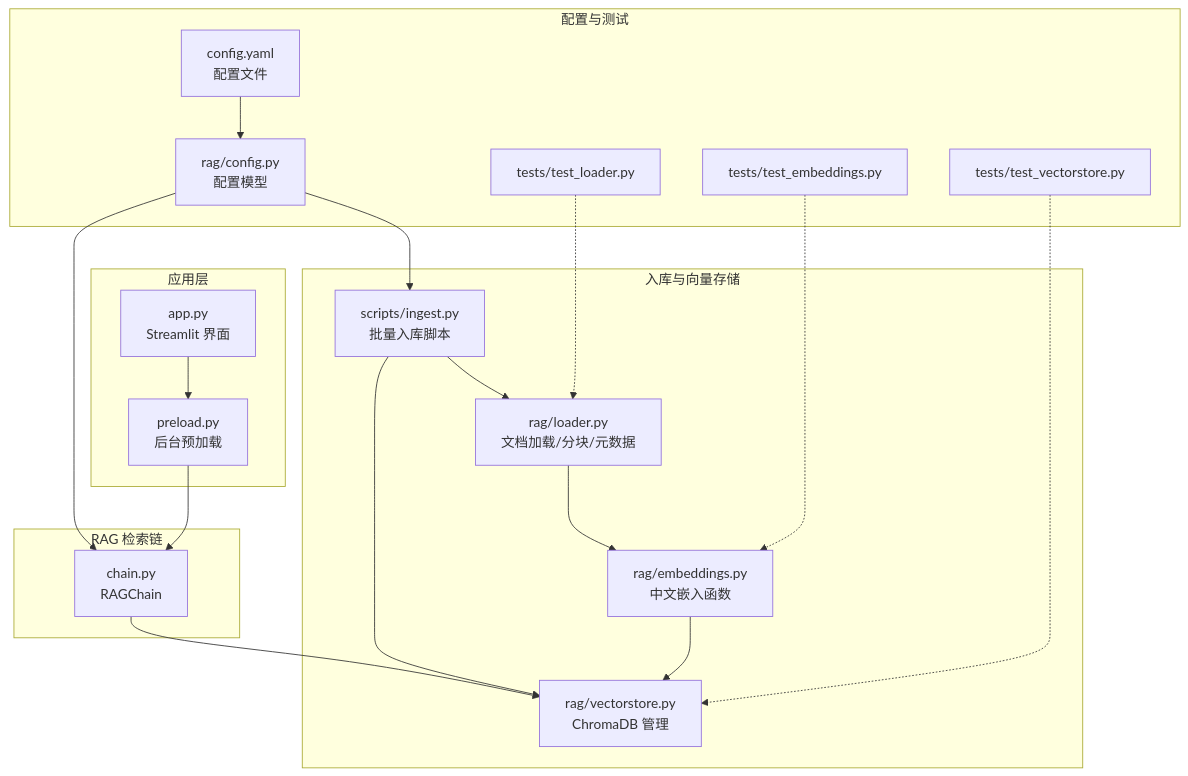
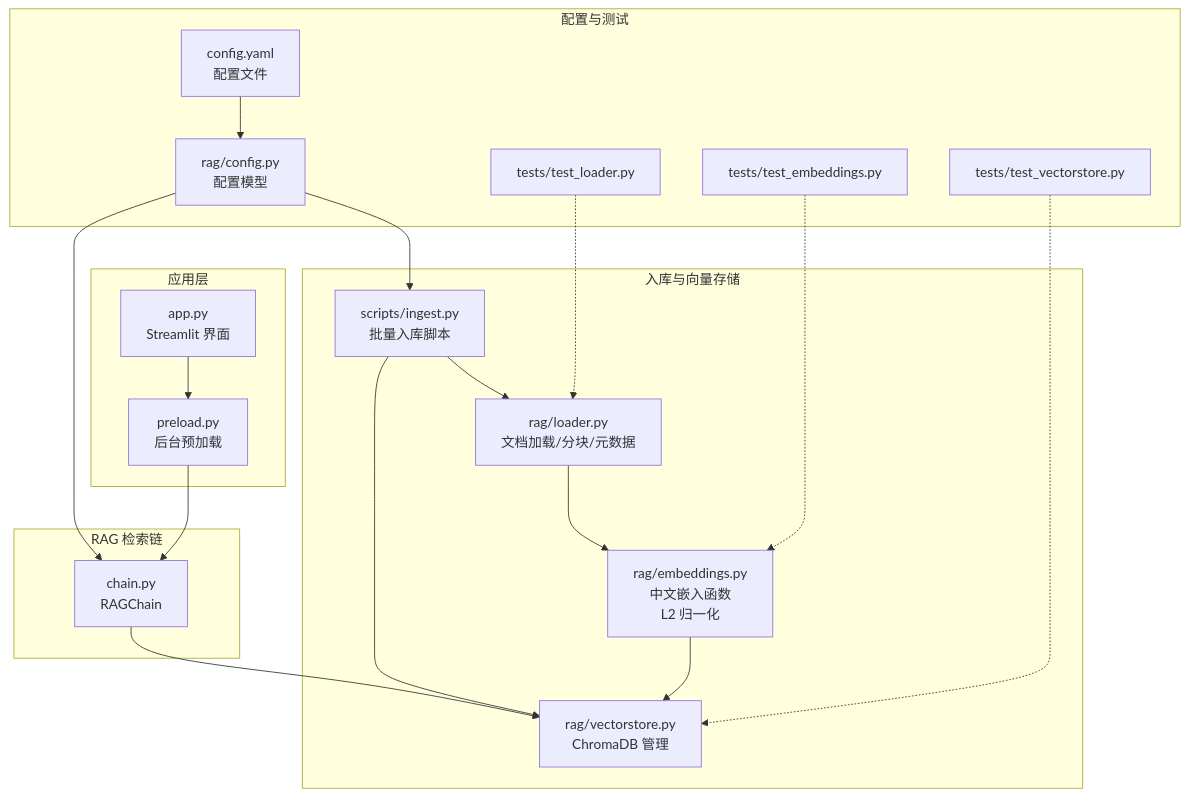
Before and after one commit to joyafa/knowledge: the first of 9 diagrams in .qoder/repowiki/zh/content/系统架构设计/数据流架构/文档入库流程.md, drawn with Mermaid. The commit also changed other lines of this file and 20 other files, not shown here.

````diff
--- a/.qoder/repowiki/zh/content/系统架构设计/数据流架构/文档入库流程.md
+++ b/.qoder/repowiki/zh/content/系统架构设计/数据流架构/文档入库流程.md
@@ -42,36 +51,36 @@
 ```mermaid
 graph TB
 subgraph "应用层"
 APP["app.py<br/>Streamlit 界面"]
 PRELOAD["preload.py<br/>后台预加载"]
 end
 subgraph "RAG 检索链"
 CHAIN["chain.py<br/>RAGChain"]
 end
 subgraph "入库与向量存储"
 INGEST["scripts/ingest.py<br/>批量入库脚本"]
 LOADER["rag/loader.py<br/>文档加载/分块/元数据"]
-EMBED["rag/embeddings.py<br/>中文嵌入函数"]
+EMBED["rag/embeddings.py<br/>中文嵌入函数<br/>L2 归一化"]
 VSTORE["rag/vectorstore.py<br/>ChromaDB 管理"]
 end
 subgraph "配置与测试"
 CFG["rag/config.py<br/>配置模型"]
 YAML["config.yaml<br/>配置文件"]
 T1["tests/test_loader.py"]
 T2["tests/test_embeddings.py"]
 T3["tests/test_vectorstore.py"]
 end
 APP --> PRELOAD
 PRELOAD --> CHAIN
 INGEST --> LOADER
 INGEST --> VSTORE
 LOADER --> EMBED
 EMBED --> VSTORE
 CHAIN --> VSTORE
 CFG --> INGEST
 CFG --> CHAIN
 YAML --> CFG
 T1 -.-> LOADER
 T2 -.-> EMBED
 T3 -.-> VSTORE
 ```
````
